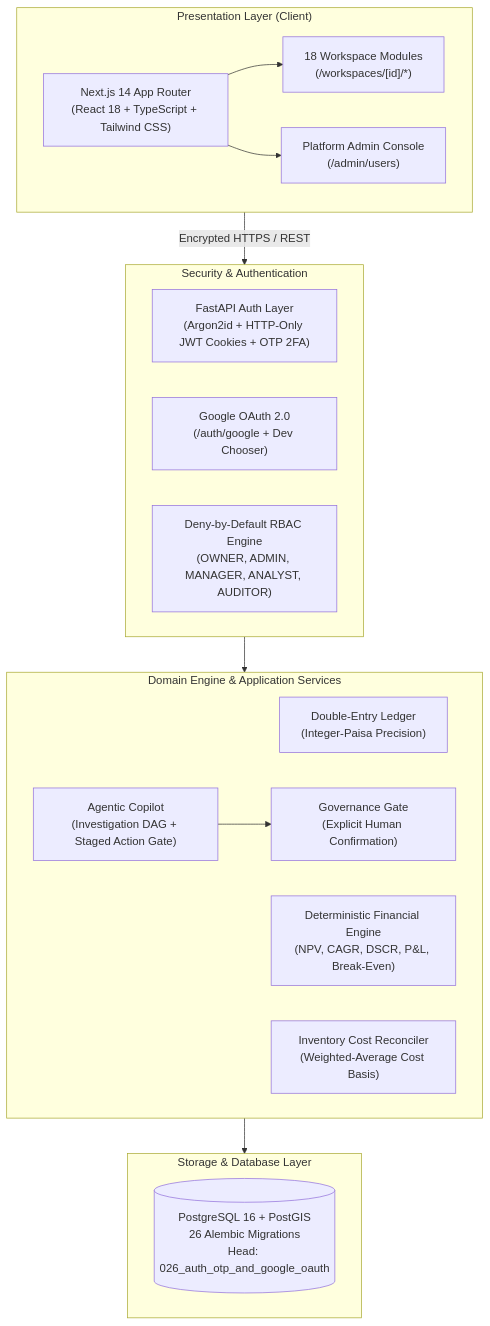
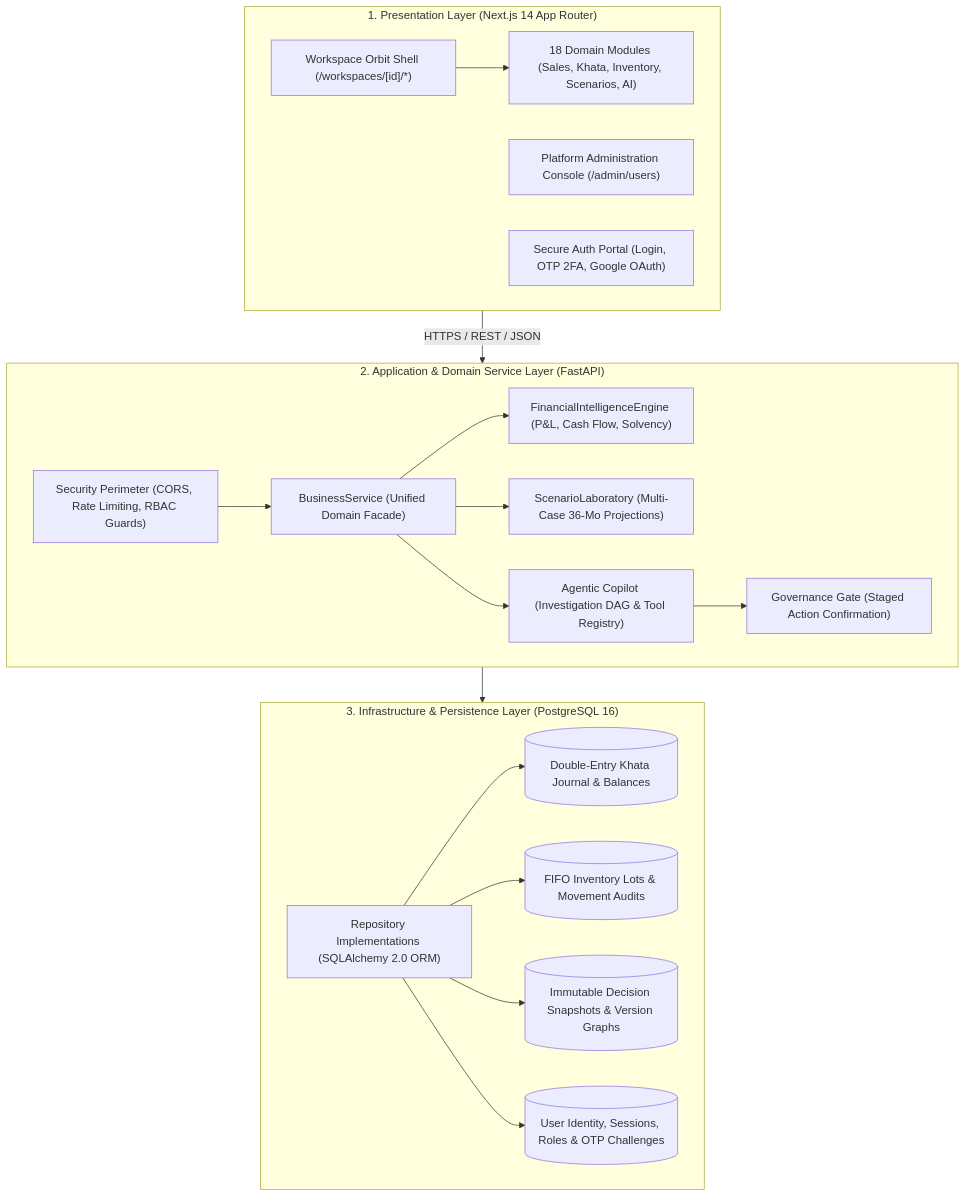
The first of 6 diagrams in README.md (ayush-mg/arthlens), drawn with Mermaid before and after one commit. The commit also changed other lines of this file, not shown here.

Commit message:
docs: enrich README with comprehensive Object-Oriented Methodology (OOM) report, UML diagrams, and SOLID architecture

````diff
--- a/README.md
+++ b/README.md
@@ -31,33 +90,41 @@
 ```mermaid
 flowchart TD
-    subgraph Client["Presentation Layer (Client)"]
-        UI["Next.js 14 App Router\n(React 18 + TypeScript + Tailwind CSS)"]
-        Orbit["18 Workspace Modules\n(/workspaces/[id]/*)"]
-        AdminUI["Platform Admin Console\n(/admin/users)"]
-        UI --> Orbit
-        UI --> AdminUI
+    subgraph Tier1["1. Presentation Layer (Next.js 14 App Router)"]
+        UI_Shell["Workspace Orbit Shell (/workspaces/[id]/*)"]
+        UI_18["18 Domain Modules (Sales, Khata, Inventory, Scenarios, AI)"]
+        UI_Admin["Platform Administration Console (/admin/users)"]
+        UI_Auth["Secure Auth Portal (Login, OTP 2FA, Google OAuth)"]
+        UI_Shell --> UI_18
     end
 
-    subgraph SecurityGateway["Security & Authentication"]
-        Auth["FastAPI Auth Layer\n(Argon2id + HTTP-Only JWT Cookies + OTP 2FA)"]
-        OAuth["Google OAuth 2.0\n(/auth/google + Dev Chooser)"]
-        RBAC["Deny-by-Default RBAC Engine\n(OWNER, ADMIN, MANAGER, ANALYST, AUDITOR)"]
+    subgraph Tier2["2. Application & Domain Service Layer (FastAPI)"]
+        API_Gate["Security Perimeter (CORS, Rate Limiting, RBAC Guards)"]
+        SVC_Biz["BusinessService (Unified Domain Facade)"]
+        SVC_Fin["FinancialIntelligenceEngine (P&L, Cash Flow, Solvency)"]
+        SVC_Scen["ScenarioLaboratory (Multi-Case 36-Mo Projections)"]
+        SVC_Agent["Agentic Copilot (Investigation DAG & Tool Registry)"]
+        SVC_Gov["Governance Gate (Staged Action Confirmation)"]
+
+        API_Gate --> SVC_Biz
+        SVC_Biz --> SVC_Fin
+        SVC_Biz --> SVC_Scen
+        SVC_Biz --> SVC_Agent
+        SVC_Agent --> SVC_Gov
     end
 
-    subgraph CoreServices["Domain Engine & Application Services"]
-        Ledger["Double-Entry Ledger\n(Integer-Paisa Precision)"]
-        FinEngine["Deterministic Financial Engine\n(NPV, CAGR, DSCR, P&L, Break-Even)"]
-        CostRecon["Inventory Cost Reconciler\n(Weighted-Average Cost Basis)"]
-        Agent["Agentic Copilot\n(Investigation DAG + Staged Action Gate)"]
-        GovGate["Governance Gate\n(Explicit Human Confirmation)"]
-        Agent --> GovGate
+    subgraph Tier3["3. Infrastructure & Persistence Layer (PostgreSQL 16)"]
+        REPO_Postgres["Repository Implementations (SQLAlchemy 2.0 ORM)"]
+        DB_Ledger[("Double-Entry Khata Journal & Balances")]
+        DB_Inv[("FIFO Inventory Lots & Movement Audits")]
+        DB_Dec[("Immutable Decision Snapshots & Version Graphs")]
+        DB_Users[("User Identity, Sessions, Roles & OTP Challenges")]
+        
+        REPO_Postgres --> DB_Ledger
+        REPO_Postgres --> DB_Inv
+        REPO_Postgres --> DB_Dec
+        REPO_Postgres --> DB_Users
     end
 
-    subgraph Persistence["Storage & Database Layer"]
-        PG[("PostgreSQL 16 + PostGIS\n26 Alembic Migrations\nHead: 026_auth_otp_and_google_oauth")]
-    end
-
-    Client -->|Encrypted HTTPS / REST| SecurityGateway
-    SecurityGateway --> CoreServices
-    CoreServices --> Persistence
+    Tier1 -->|HTTPS / REST / JSON| Tier2
+    Tier2 --> Tier3
 ```
````
